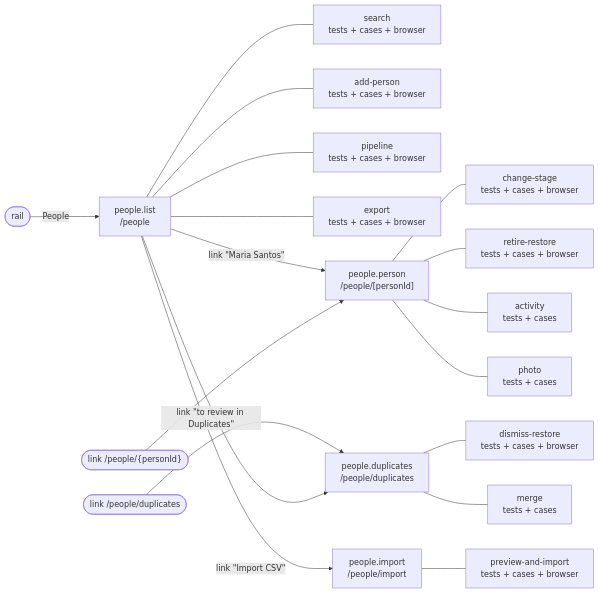
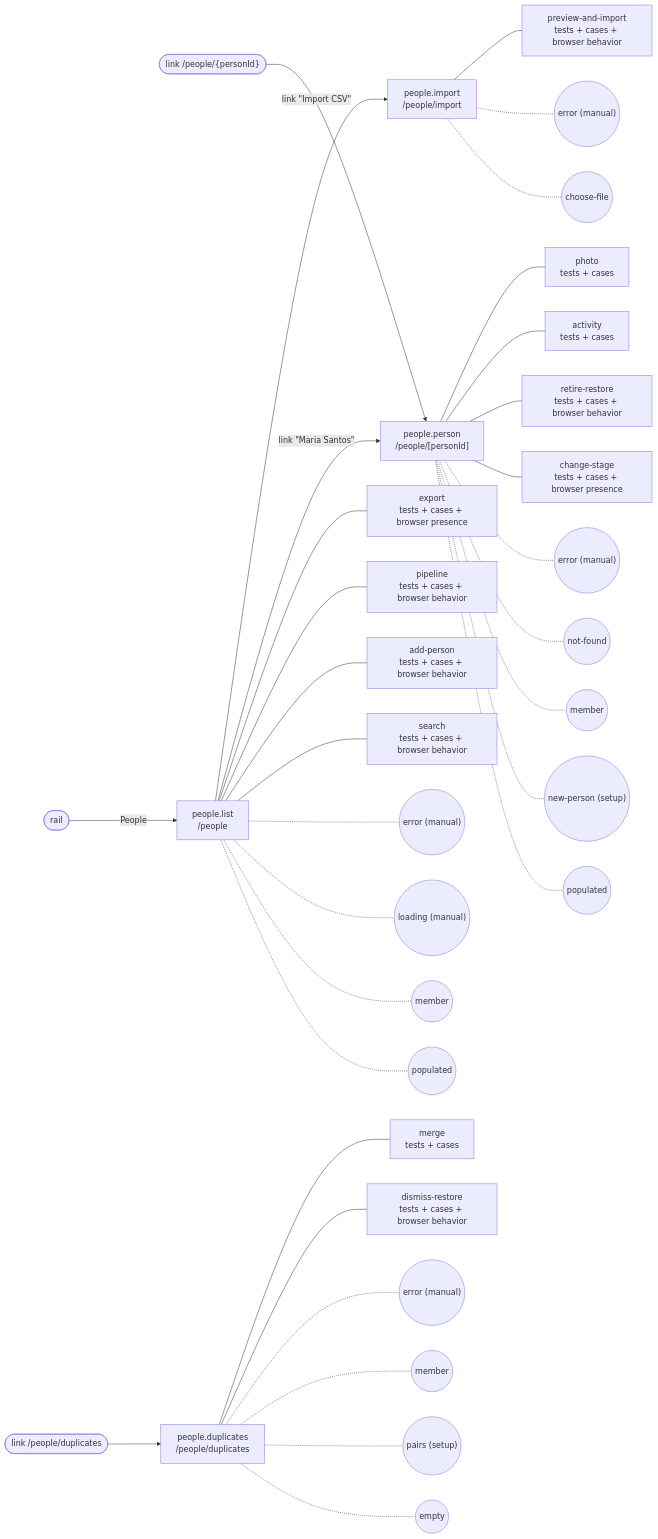
The diagram in docs/feature-maps/people.md (SebastianGarces/everyfield), drawn with Mermaid before and after one commit. The commit also changed other lines of this file and 15 other files, not shown here.

````diff
--- a/docs/feature-maps/people.md
+++ b/docs/feature-maps/people.md
@@ -5,27 +6,41 @@
 ```mermaid
 flowchart LR
   rail(["rail"])
   s1_link1(["link /people/{personId}"])
   s2_link0(["link /people/duplicates"])
   s0["people.list<br/>/people"]
   rail -- "People" --> s0
-  s0 --- s0_b0["search<br/>tests + cases + browser"]
-  s0 --- s0_b1["add-person<br/>tests + cases + browser"]
-  s0 --- s0_b2["pipeline<br/>tests + cases + browser"]
-  s0 --- s0_b3["export<br/>tests + cases + browser"]
+  s0 -.- s0_st0(("populated"))
+  s0 -.- s0_st1(("member"))
+  s0 -.- s0_st2(("loading (manual)"))
+  s0 -.- s0_st3(("error (manual)"))
+  s0 --- s0_b0["search<br/>tests + cases + browser behavior"]
+  s0 --- s0_b1["add-person<br/>tests + cases + browser behavior"]
+  s0 --- s0_b2["pipeline<br/>tests + cases + browser behavior"]
+  s0 --- s0_b3["export<br/>tests + cases + browser presence"]
   s1["people.person<br/>/people/[personId]"]
   s0 -- "link #quot;Maria Santos#quot;" --> s1
   s1_link1 --> s1
-  s1 --- s1_b0["change-stage<br/>tests + cases + browser"]
-  s1 --- s1_b1["retire-restore<br/>tests + cases + browser"]
+  s1 -.- s1_st0(("populated"))
+  s1 -.- s1_st1(("new-person (setup)"))
+  s1 -.- s1_st2(("member"))
+  s1 -.- s1_st3(("not-found"))
+  s1 -.- s1_st4(("error (manual)"))
+  s1 --- s1_b0["change-stage<br/>tests + cases + browser presence"]
+  s1 --- s1_b1["retire-restore<br/>tests + cases + browser behavior"]
   s1 --- s1_b2["activity<br/>tests + cases"]
   s1 --- s1_b3["photo<br/>tests + cases"]
   s2["people.duplicates<br/>/people/duplicates"]
   s2_link0 --> s2
-  s0 -- "link #quot;to review in Duplicates#quot;" --> s2
-  s2 --- s2_b0["dismiss-restore<br/>tests + cases + browser"]
+  s2 -.- s2_st0(("empty"))
+  s2 -.- s2_st1(("pairs (setup)"))
+  s2 -.- s2_st2(("member"))
+  s2 -.- s2_st3(("error (manual)"))
+  s2 --- s2_b0["dismiss-restore<br/>tests + cases + browser behavior"]
   s2 --- s2_b1["merge<br/>tests + cases"]
   s3["people.import<br/>/people/import"]
   s0 -- "link #quot;Import CSV#quot;" --> s3
-  s3 --- s3_b0["preview-and-import<br/>tests + cases + browser"]
+  s3 -.- s3_st0(("choose-file"))
+  s3 -.- s3_st1(("error (manual)"))
+  s3 --- s3_b0["preview-and-import<br/>tests + cases + browser behavior"]
 ```
````
